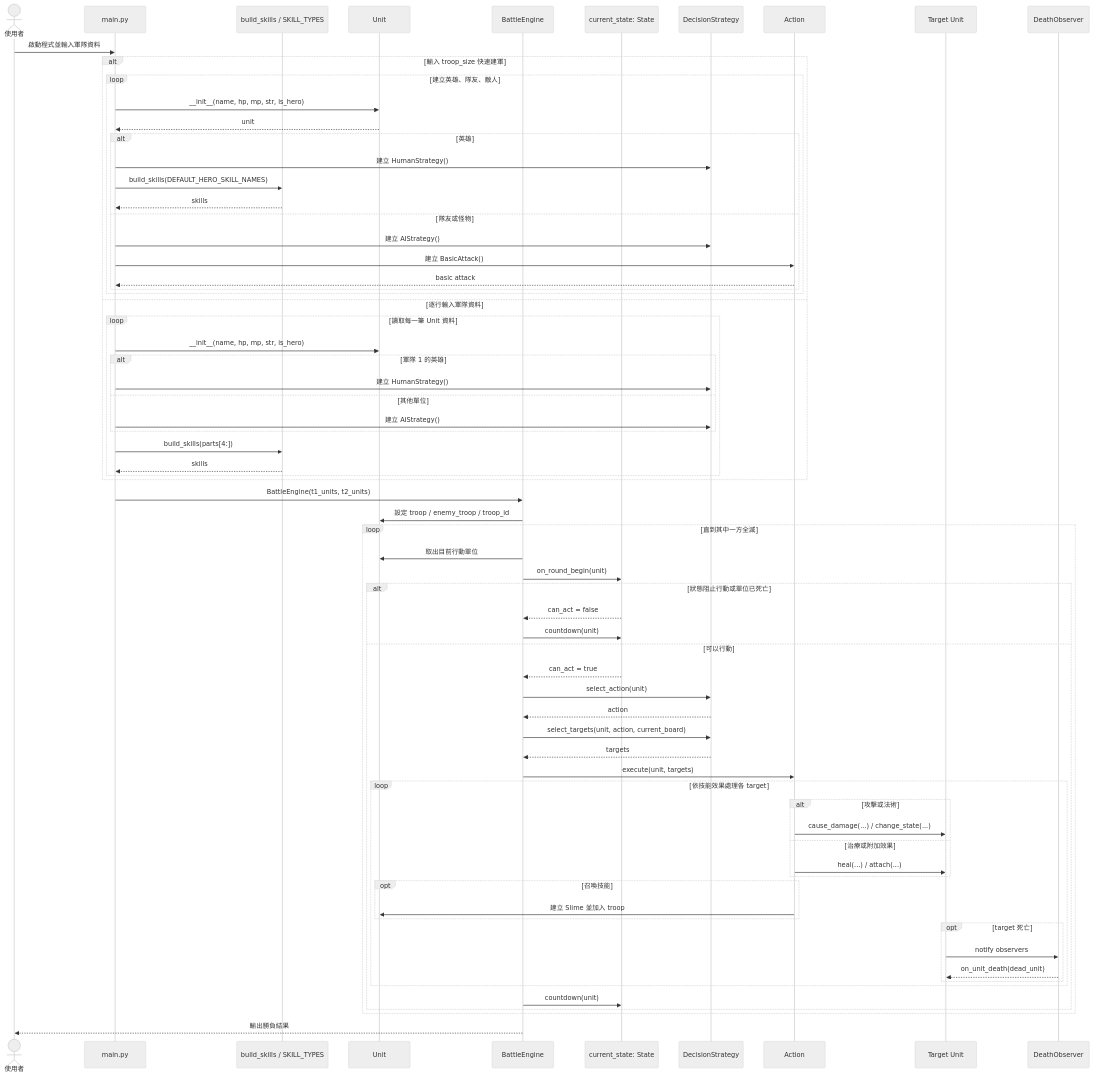
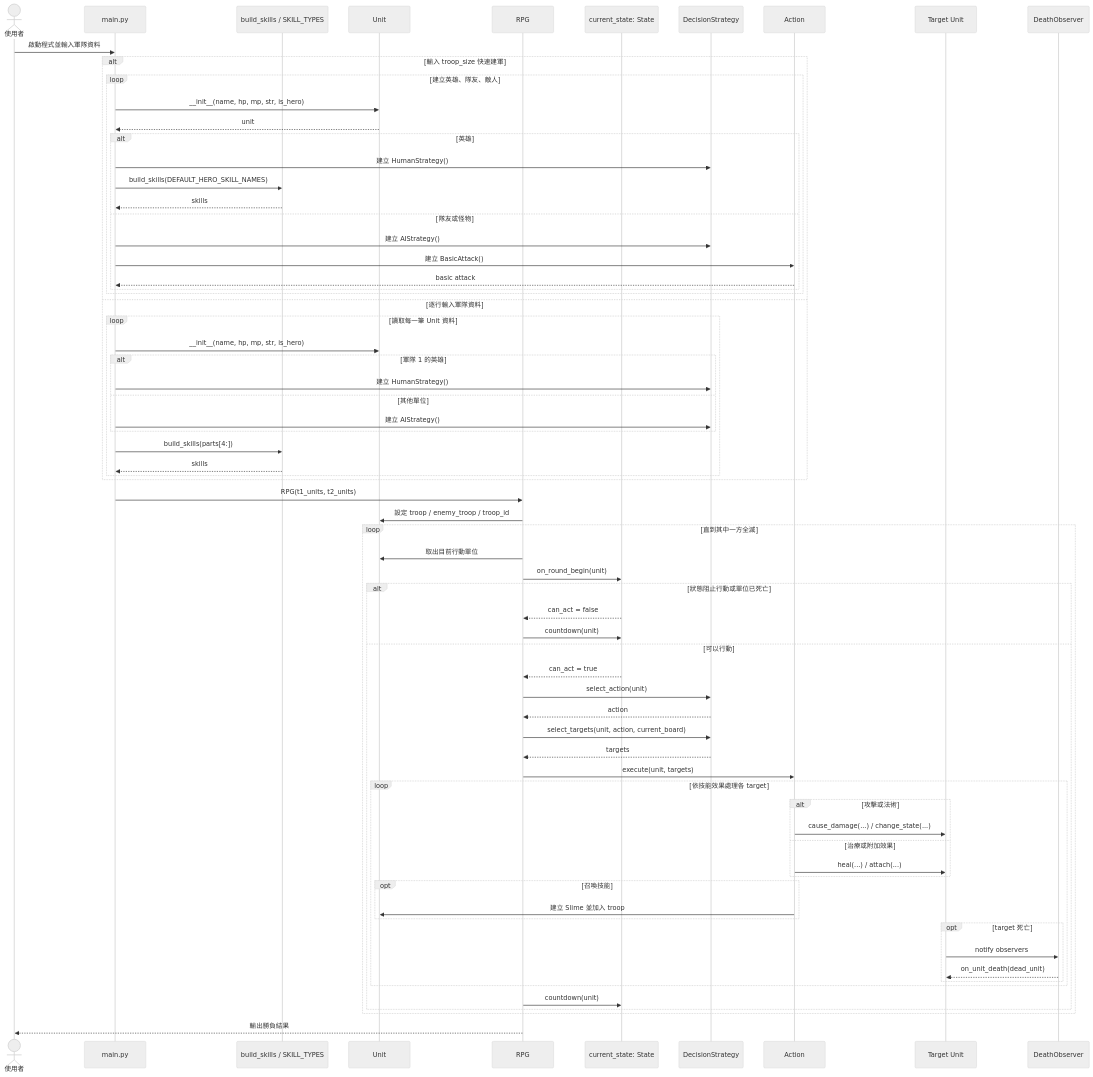
One commit to tanguitar8093/Software-Design-Pattern-HW changed the first of 2 diagrams in homework5_rpg/v3/docs/OOD/專案循序圖.md. Above: the diagram before and after it, drawn with Mermaid (neutral theme). The commit also changed other lines of this file and 14 other files, not shown here.

```diff
--- a/homework5_rpg/v3/docs/OOD/專案循序圖.md
+++ b/homework5_rpg/v3/docs/OOD/專案循序圖.md
@@ -10,7 +10,7 @@
     participant Main as main.py
     participant Factory as build_skills / SKILL_TYPES
     participant Unit as Unit
-    participant Engine as BattleEngine
+    participant Engine as RPG
     participant State as current_state: State
     participant Strategy as DecisionStrategy
     participant Action as Action
@@ -46,7 +46,7 @@
         end
     end
 
-    Main->>Engine: BattleEngine(t1_units, t2_units)
+    Main->>Engine: RPG(t1_units, t2_units)
     Engine->>Unit: 設定 troop / enemy_troop / troop_id
 
     loop 直到其中一方全滅
```
